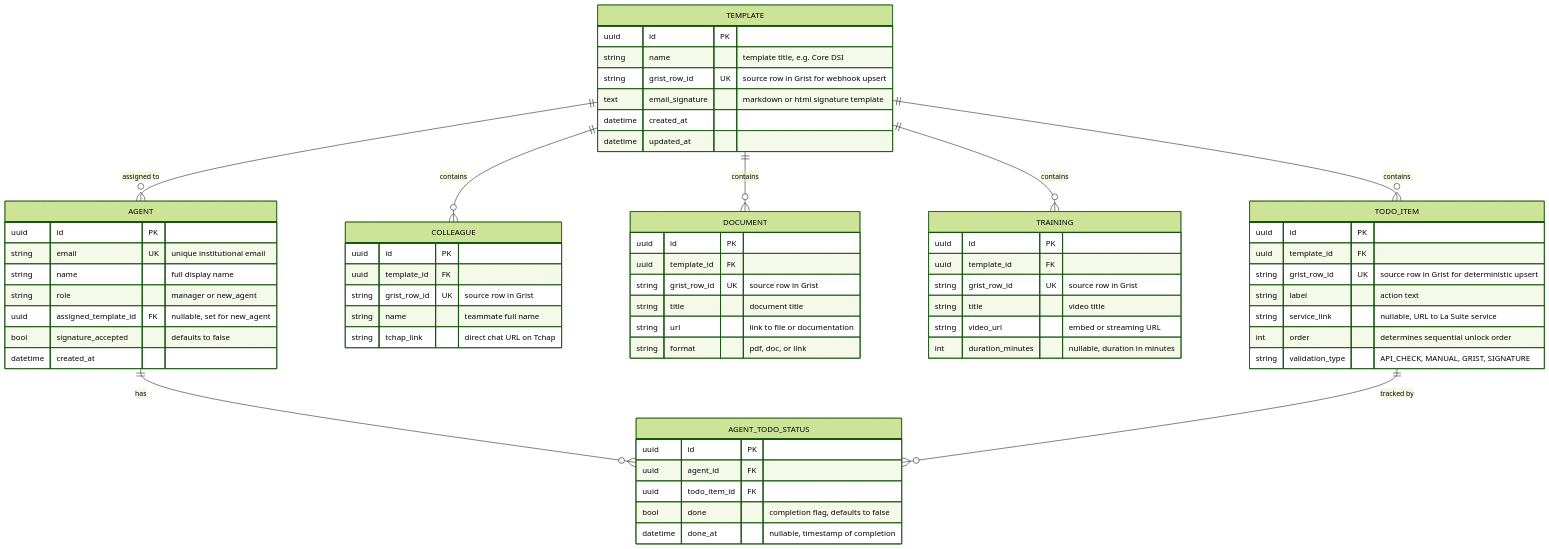
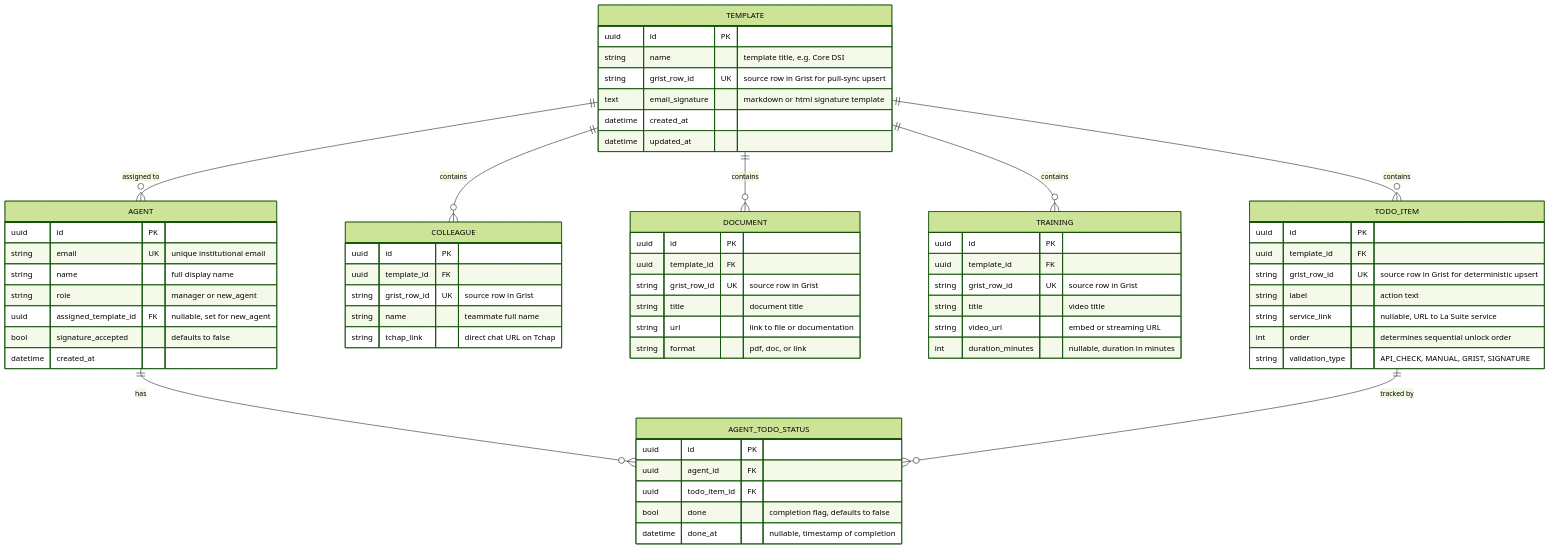
Before and after one commit to axelpolleux/bienvenue-lasuite: the diagram in doc/01-data-model.md, drawn with Mermaid (forest theme). The commit also changed 5 other files, not shown here.

First line of the commit message:
docs: update architecture docs to match the real pull-based sync

````diff
--- a/doc/01-data-model.md
+++ b/doc/01-data-model.md
@@ -9,73 +9,73 @@
 ```mermaid
 erDiagram
     TEMPLATE ||--o{ TODO_ITEM : contains
     TEMPLATE ||--o{ COLLEAGUE : contains
     TEMPLATE ||--o{ DOCUMENT : contains
     TEMPLATE ||--o{ TRAINING : contains
     TEMPLATE ||--o{ AGENT : "assigned to"
     AGENT ||--o{ AGENT_TODO_STATUS : has
     TODO_ITEM ||--o{ AGENT_TODO_STATUS : "tracked by"
 
     AGENT {
         uuid id PK
         string email UK "unique institutional email"
         string name "full display name"
         string role "manager or new_agent"
         uuid assigned_template_id FK "nullable, set for new_agent"
         bool signature_accepted "defaults to false"
         datetime created_at
     }
 
     TEMPLATE {
         uuid id PK
         string name "template title, e.g. Core DSI"
-        string grist_row_id UK "source row in Grist for webhook upsert"
+        string grist_row_id UK "source row in Grist for pull-sync upsert"
         text email_signature "markdown or html signature template"
         datetime created_at
         datetime updated_at
     }
 
     TODO_ITEM {
         uuid id PK
         uuid template_id FK
         string grist_row_id UK "source row in Grist for deterministic upsert"
         string label "action text"
         string service_link "nullable, URL to La Suite service"
         int order "determines sequential unlock order"
         string validation_type "API_CHECK, MANUAL, GRIST, SIGNATURE"
     }
 
     COLLEAGUE {
         uuid id PK
         uuid template_id FK
         string grist_row_id UK "source row in Grist"
         string name "teammate full name"
         string tchap_link "direct chat URL on Tchap"
     }
 
     DOCUMENT {
         uuid id PK
         uuid template_id FK
         string grist_row_id UK "source row in Grist"
         string title "document title"
         string url "link to file or documentation"
         string format "pdf, doc, or link"
     }
 
     TRAINING {
         uuid id PK
         uuid template_id FK
         string grist_row_id UK "source row in Grist"
         string title "video title"
         string video_url "embed or streaming URL"
         int duration_minutes "nullable, duration in minutes"
     }
 
     AGENT_TODO_STATUS {
         uuid id PK
         uuid agent_id FK
         uuid todo_item_id FK
         bool done "completion flag, defaults to false"
         datetime done_at "nullable, timestamp of completion"
     }
 ```
````
